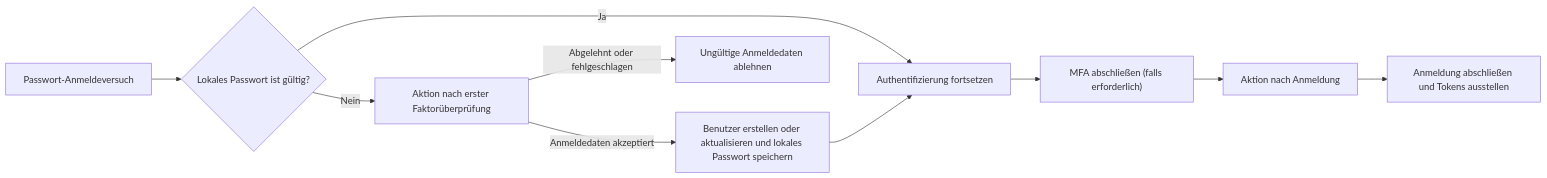
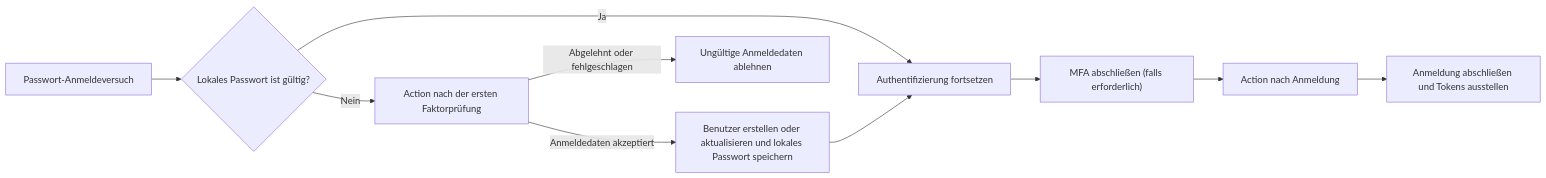
Before and after one commit to logto-io/docs: the diagram in i18n/de/docusaurus-plugin-content-docs/current/developers/actions/README.mdx, drawn with Mermaid. The commit also changed other lines of this file and 26 other files, not shown here.

````diff
--- a/i18n/de/docusaurus-plugin-content-docs/current/developers/actions/README.mdx
+++ b/i18n/de/docusaurus-plugin-content-docs/current/developers/actions/README.mdx
@@ -29,12 +29,12 @@
 ```mermaid
 flowchart LR
   A["Passwort-Anmeldeversuch"] --> B{"Lokales Passwort ist gültig?"}
   B -->|"Ja"| E["Authentifizierung fortsetzen"]
-  B -->|"Nein"| C["Aktion nach erster Faktorüberprüfung"]
+  B -->|"Nein"| C["Action nach der ersten Faktorprüfung"]
   C -->|"Anmeldedaten akzeptiert"| D["Benutzer erstellen oder aktualisieren und lokales Passwort speichern"]
   C -->|"Abgelehnt oder fehlgeschlagen"| X["Ungültige Anmeldedaten ablehnen"]
   D --> E
   E --> F["MFA abschließen (falls erforderlich)"]
-  F --> G["Aktion nach Anmeldung"]
+  F --> G["Action nach Anmeldung"]
   G --> H["Anmeldung abschließen und Tokens ausstellen"]
 ```
````
